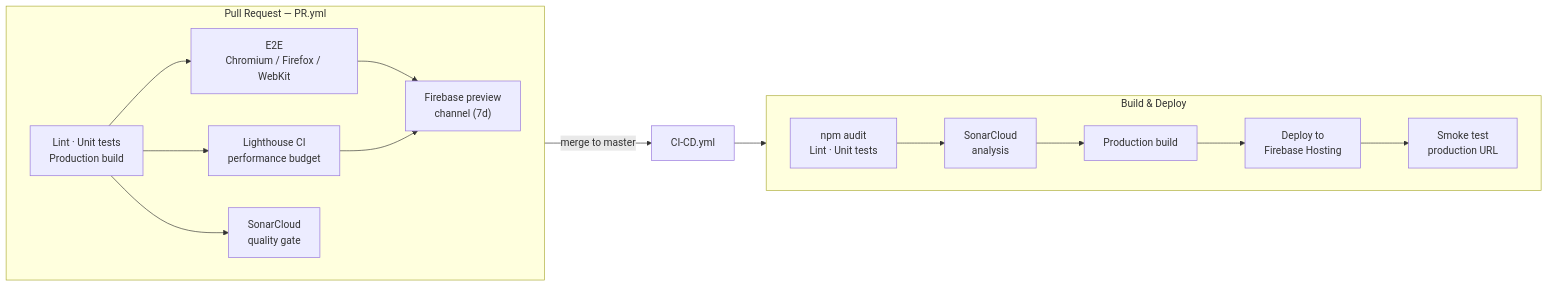
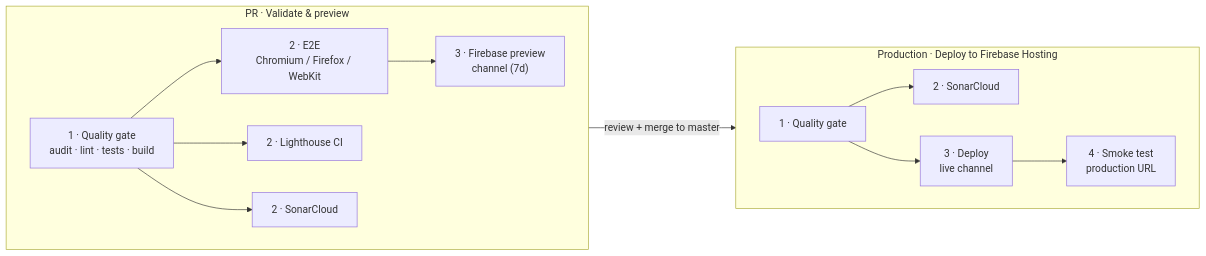
The diagram in README.md (jesuscorral/Concurso.homebrewer.cordoba), drawn with Mermaid before and after one commit. The commit also changed other lines of this file and 5 other files, not shown here.

````diff
--- a/README.md
+++ b/README.md
@@ -60,17 +60,16 @@
 ```mermaid
 flowchart LR
-    subgraph PR["Pull Request — PR.yml"]
+    subgraph PR["PR · Validate & preview"]
         direction LR
-        Q["Lint · Unit tests<br/>Production build"] --> E["E2E<br/>Chromium / Firefox / WebKit"]
-        Q --> L["Lighthouse CI<br/>performance budget"]
-        E --> P["Firebase preview<br/>channel (7d)"]
-        L --> P
-        Q --> SC["SonarCloud<br/>quality gate"]
+        Q["1 · Quality gate<br/>audit · lint · tests · build"] --> E["2 · E2E<br/>Chromium / Firefox / WebKit"]
+        Q --> L["2 · Lighthouse CI"]
+        Q --> SC["2 · SonarCloud"]
+        E --> P["3 · Firebase preview<br/>channel (7d)"]
     end
-    PR -->|merge to master| CD["CI-CD.yml"]
-    subgraph CD_STEPS["Build & Deploy"]
+    PR -->|review + merge to master| CD
+    subgraph CD["Production · Deploy to Firebase Hosting"]
         direction LR
-        A["npm audit<br/>Lint · Unit tests"] --> SC2["SonarCloud<br/>analysis"] --> B["Production build"] --> D["Deploy to<br/>Firebase Hosting"] --> S["Smoke test<br/>production URL"]
+        Q2["1 · Quality gate"] --> SC2["2 · SonarCloud"]
+        Q2 --> D["3 · Deploy<br/>live channel"] --> S["4 · Smoke test<br/>production URL"]
     end
-    CD --> CD_STEPS
 ```
````
